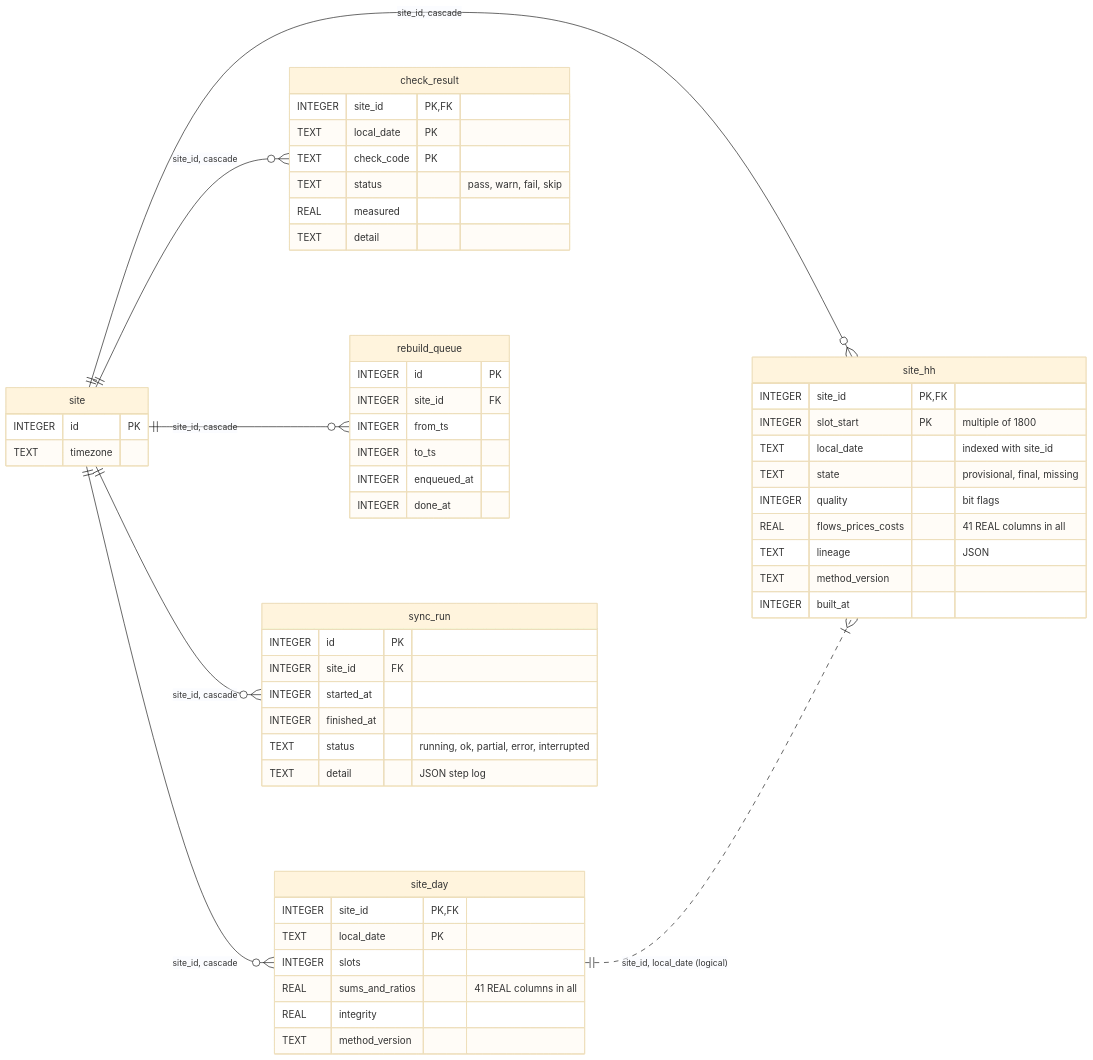
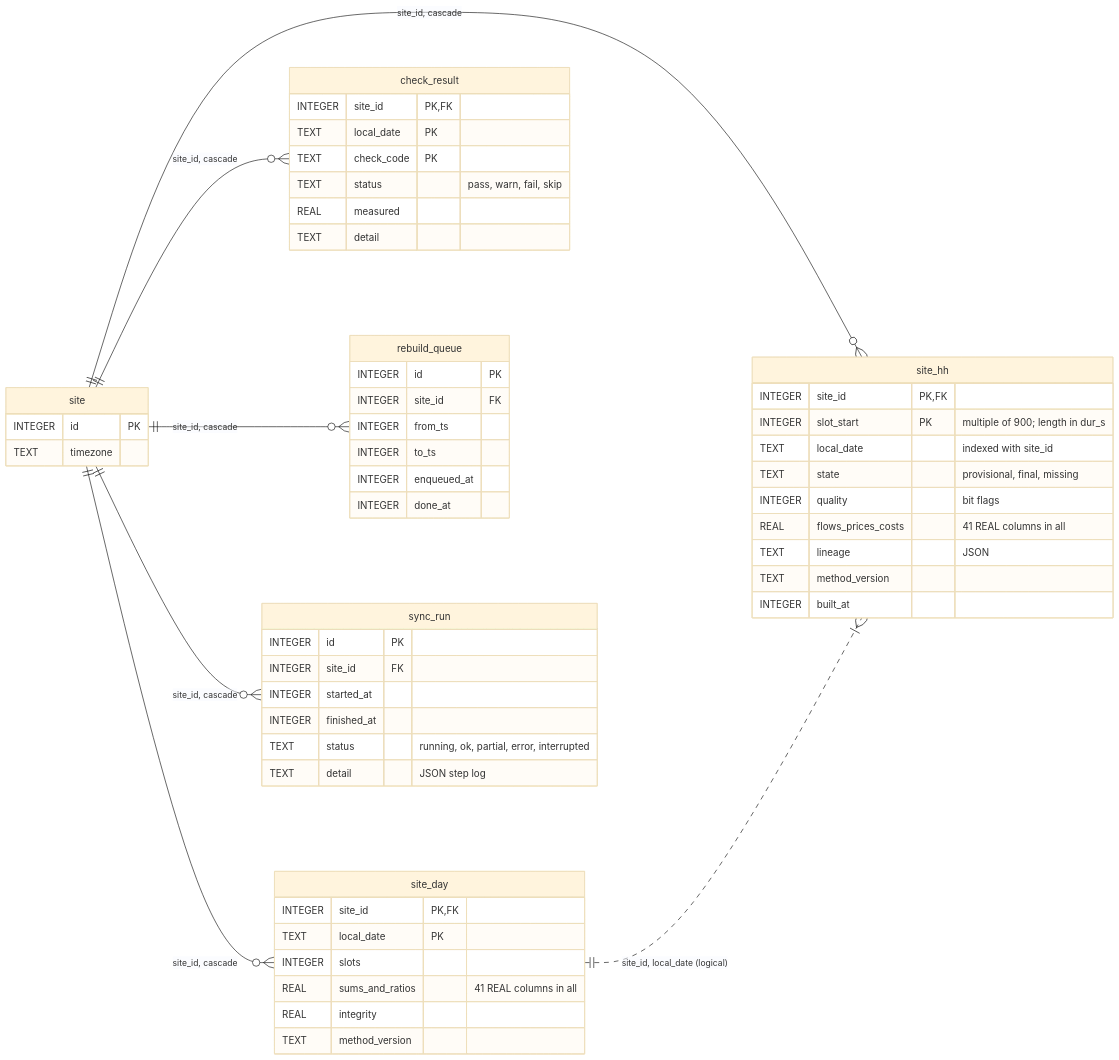
One commit to sshahriazz/energiebee-core-prototype changed the seventh of 8 diagrams in docs/database.md. Above: the diagram before and after it, drawn with Mermaid (base theme). The commit also changed other lines of this file and 144 other files, not shown here.

````diff
--- a/docs/database.md
+++ b/docs/database.md
@@ -505,58 +509,58 @@
 ```mermaid
 erDiagram
   direction LR
   site ||--o{ site_hh : "site_id, cascade"
   site ||--o{ site_day : "site_id, cascade"
   site_day ||..|{ site_hh : "site_id, local_date (logical)"
   site ||--o{ check_result : "site_id, cascade"
   site ||--o{ rebuild_queue : "site_id, cascade"
   site ||--o{ sync_run : "site_id, cascade"
 
   site {
     INTEGER id PK
     TEXT timezone
   }
   site_hh {
     INTEGER site_id PK,FK
-    INTEGER slot_start PK "multiple of 1800"
+    INTEGER slot_start PK "multiple of 900; length in dur_s"
     TEXT local_date "indexed with site_id"
     TEXT state "provisional, final, missing"
     INTEGER quality "bit flags"
     REAL flows_prices_costs "41 REAL columns in all"
     TEXT lineage "JSON"
     TEXT method_version
     INTEGER built_at
   }
   site_day {
     INTEGER site_id PK,FK
     TEXT local_date PK
     INTEGER slots
     REAL sums_and_ratios "41 REAL columns in all"
     REAL integrity
     TEXT method_version
   }
   check_result {
     INTEGER site_id PK,FK
     TEXT local_date PK
     TEXT check_code PK
     TEXT status "pass, warn, fail, skip"
     REAL measured
     TEXT detail
   }
   rebuild_queue {
     INTEGER id PK
     INTEGER site_id FK
     INTEGER from_ts
     INTEGER to_ts
     INTEGER enqueued_at
     INTEGER done_at
   }
   sync_run {
     INTEGER id PK
     INTEGER site_id FK
     INTEGER started_at
     INTEGER finished_at
     TEXT status "running, ok, partial, error, interrupted"
     TEXT detail "JSON step log"
   }
 ```
````
